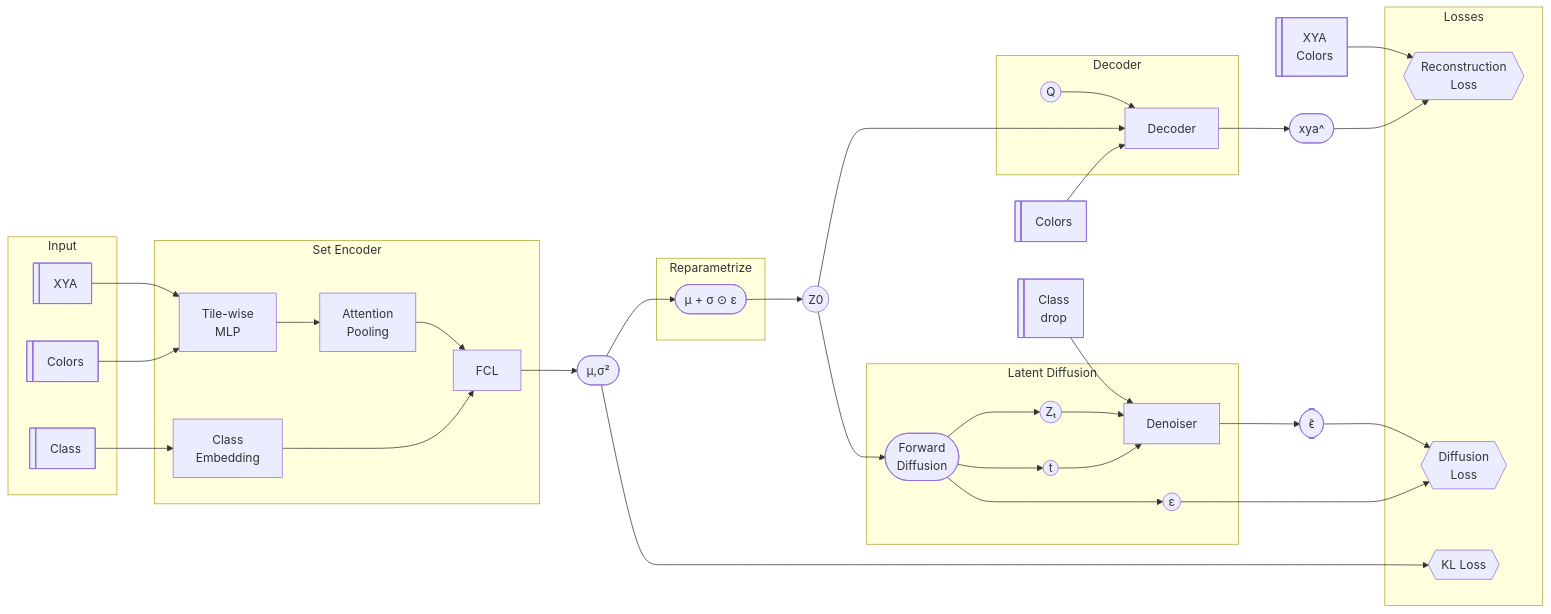
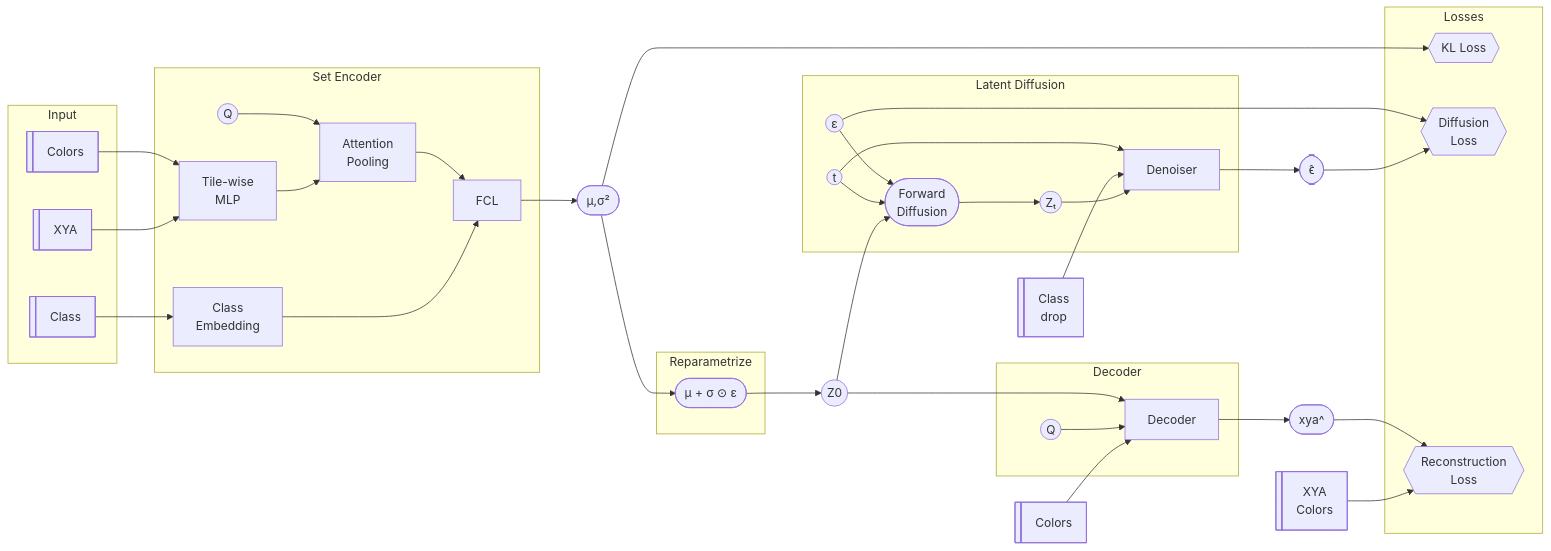
The first of 2 diagrams in code/models/latentdiff/lion.md (rakeshvar/penrose_diffusion), drawn with Mermaid before and after one commit. The commit also changed 5 other files, not shown here.

````diff
--- a/code/models/latentdiff/lion.md
+++ b/code/models/latentdiff/lion.md
@@ -3,75 +3,79 @@
 ```mermaid
 flowchart LR
 
 %% Inputs
 subgraph INPUT1["Input"]
 XYA@{ shape: lin-rect, label: "XYA" }
 COLORS@{ shape: lin-rect, label: "Colors" }
 CLASS@{ shape: lin-rect, label: "Class" }
 end
 
 XYA2@{ shape: lin-rect, label: "XYA
 Colors" }
 COLORS2@{ shape: lin-rect, label: "Colors" }
 CLASS2@{ shape: lin-rect, label: "Class
 drop" }
 
 %% Encoder
 subgraph ENC["Set Encoder"]
+  QE(("Q"))
   TWMLP["Tile-wise 
     MLP"]
   ATTNPOOL["Attention 
     Pooling"]
   CLSEMBD["Class 
     Embedding"]
   FCL["FCL"]
 end
 
 COLORS --> TWMLP
+QE --> ATTNPOOL
 XYA --> TWMLP --> ATTNPOOL --> FCL
 CLASS --> CLSEMBD --> FCL
 FCL --> MUSIGMA2(["μ,σ²"]) --> LKL{{"KL Loss"}}
 
 subgraph REPARAMETRIZE["Reparametrize"]
   REPARAM(["μ + σ ⊙ ε"])
 end
 MUSIGMA2 --> REPARAM --> Z0(("Z0"))
 
 subgraph DIFFUSION["Latent Diffusion"]
   EPS(("ε"))
   FWDIFF(["Forward 
     Diffusion"])
   DENOISER["Denoiser"]
   ZT(("Zₜ"))
   T(("t"))
 end
 
-FWDIFF --> EPS --> LDIFF
-FWDIFF --> T --> DENOISER
+EPS --> FWDIFF 
+EPS --> LDIFF
+T --> FWDIFF 
+T --> DENOISER
 
 CLASS2 --> DENOISER
 Z0 --> FWDIFF --> ZT --> DENOISER --> EPSHAT([" ̂ϵ"])  --> LDIFF
 
 %% Decoder
 subgraph DEC["Decoder"]
   DECODER["Decoder"]
   Q
 end
 Z0 --> DECODER
 Q(("Q")) --> DECODER
 
 DECODER --> Tiles(["xya^"]) --> LREC
 COLORS2 --> DECODER
 
 %% Losses
 LREC{{"Reconstruction 
 Loss"}}
 LDIFF{{"Diffusion 
 Loss"}}
 XYA2 --> LREC
 subgraph LOSSES["Losses"]
  LREC
  LKL
  LDIFF
 end
 ```
````
